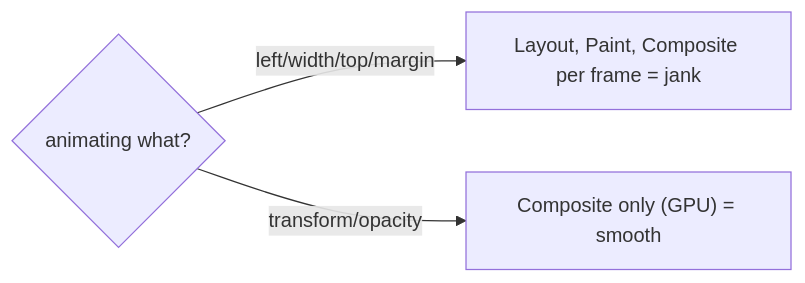
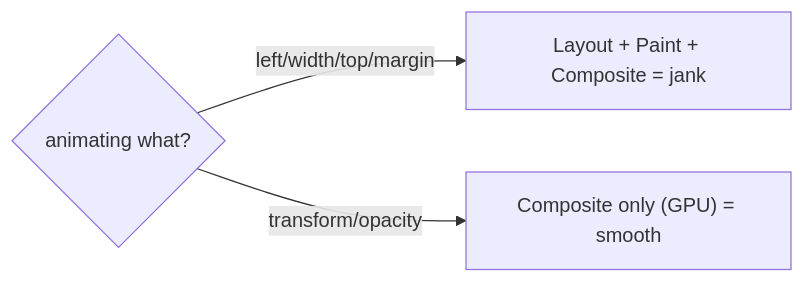
One commit to ashishxcode/frontend-internals changed the diagram in packages/content/content/26-animation.mdx. Above: the diagram before and after it, drawn with Mermaid. The commit also changed other lines of this file and 34 other files, not shown here.

````diff
--- a/packages/content/content/26-animation.mdx
+++ b/packages/content/content/26-animation.mdx
@@ -38,5 +22,5 @@
 ```mermaid
 flowchart LR
-  animate{animating what?} -->|left/width/top/margin| layout["Layout, Paint, Composite per frame = jank"]
+  animate{animating what?} -->|left/width/top/margin| layout["Layout + Paint + Composite = jank"]
   animate -->|transform/opacity| comp["Composite only (GPU) = smooth"]
 ```
````
